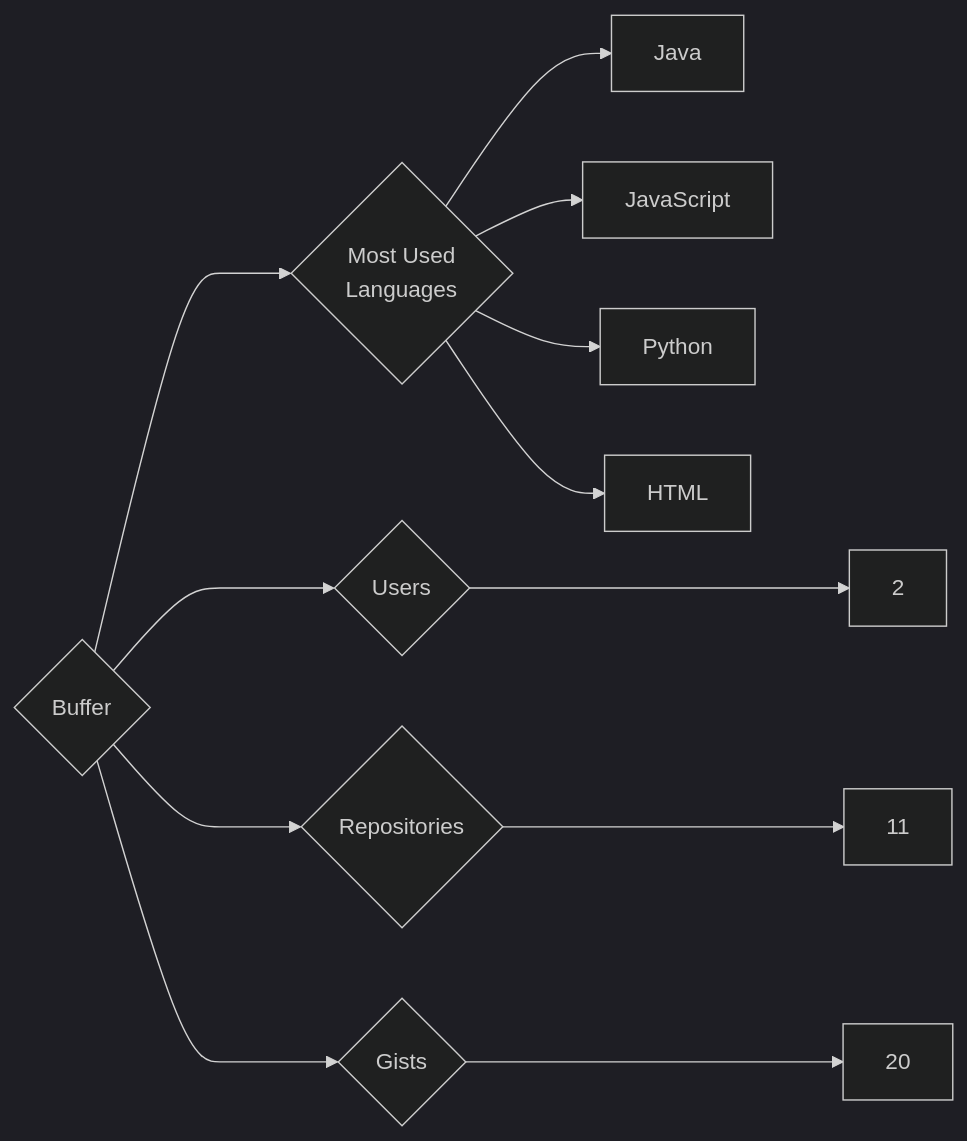
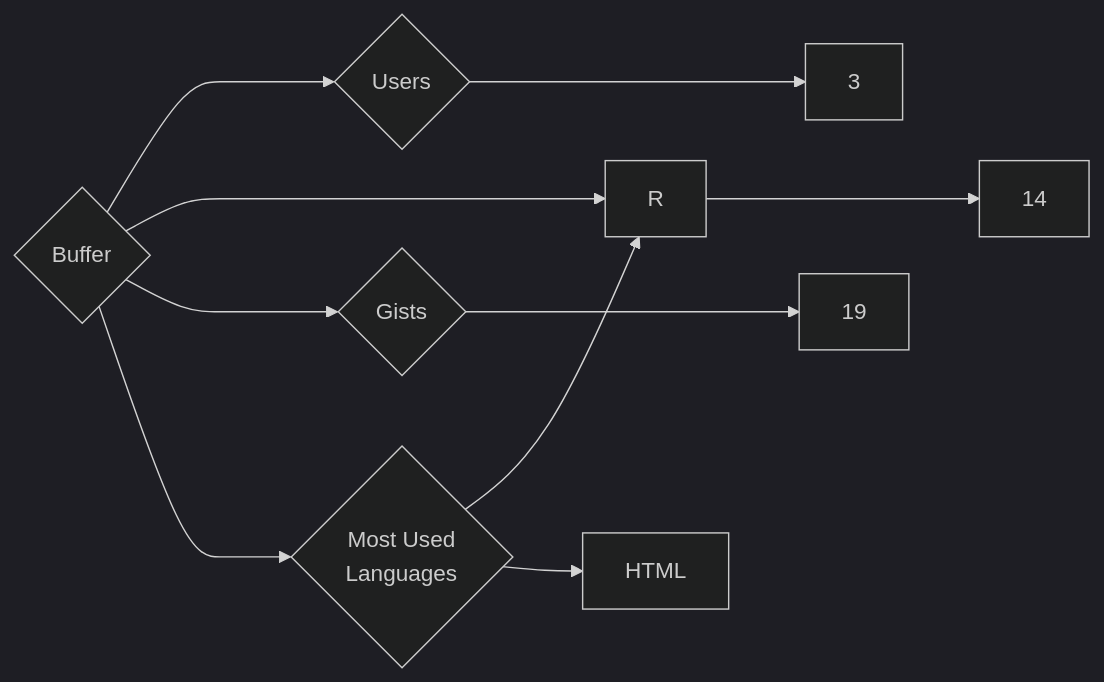
The diagram in targets/Buffer/README.md (trickest/insiders), drawn with Mermaid (dark theme) before and after one commit. The commit also changed 837 other files, not shown here.

````diff
--- a/targets/Buffer/README.md
+++ b/targets/Buffer/README.md
@@ -3,12 +3,10 @@
 ```mermaid
 graph LR
 COMPANY_NAME{Buffer}
-COMPANY_NAME ---> U{Users} ---> UN[2]
-COMPANY_NAME ---> R{Repositories} ---> RN[11]
-COMPANY_NAME ---> G{Gists} ---> GN[20]
+COMPANY_NAME ---> U{Users} ---> UN[3]
+COMPANY_NAME ---> R{Repositories} ---> RN[14]
+COMPANY_NAME ---> G{Gists} ---> GN[19]
 COMPANY_NAME ---> ML{Most Used<br>Languages}
-ML --> Java[Java]
-ML --> JavaScript[JavaScript]
-ML --> Python[Python]
+ML --> R[R]
 ML --> HTML[HTML]
 ```
````
